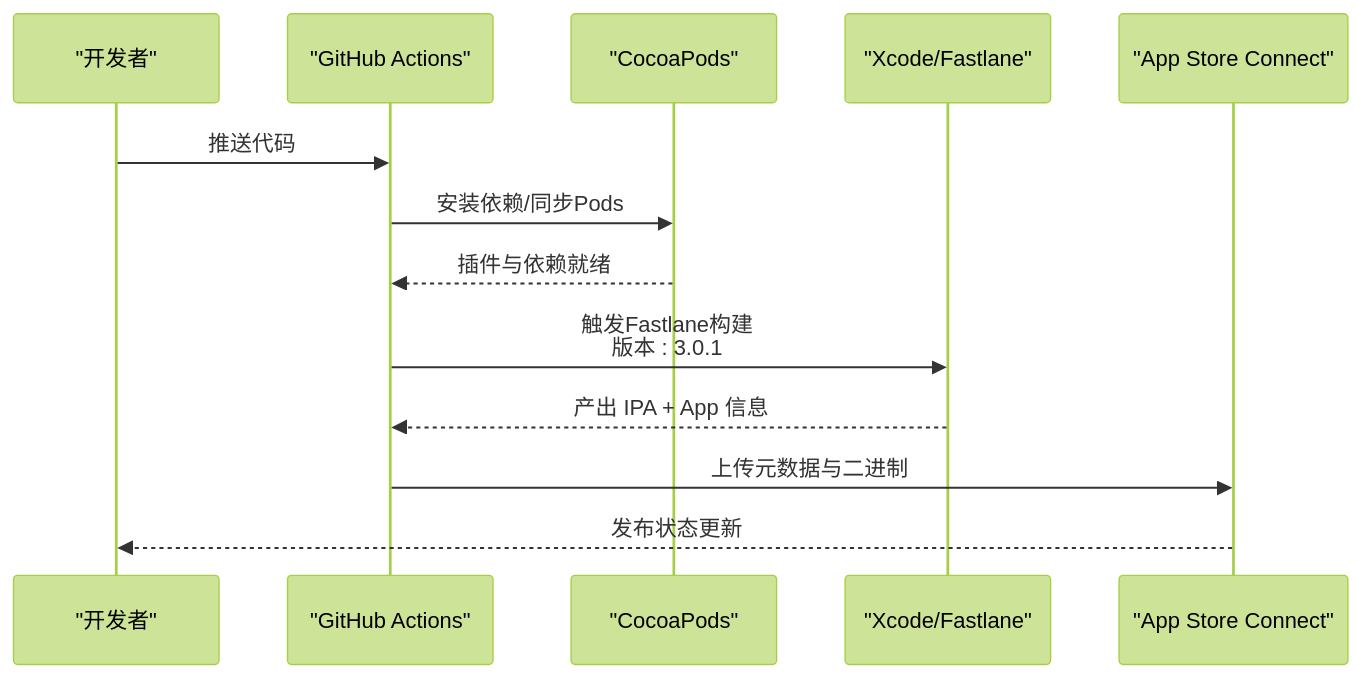
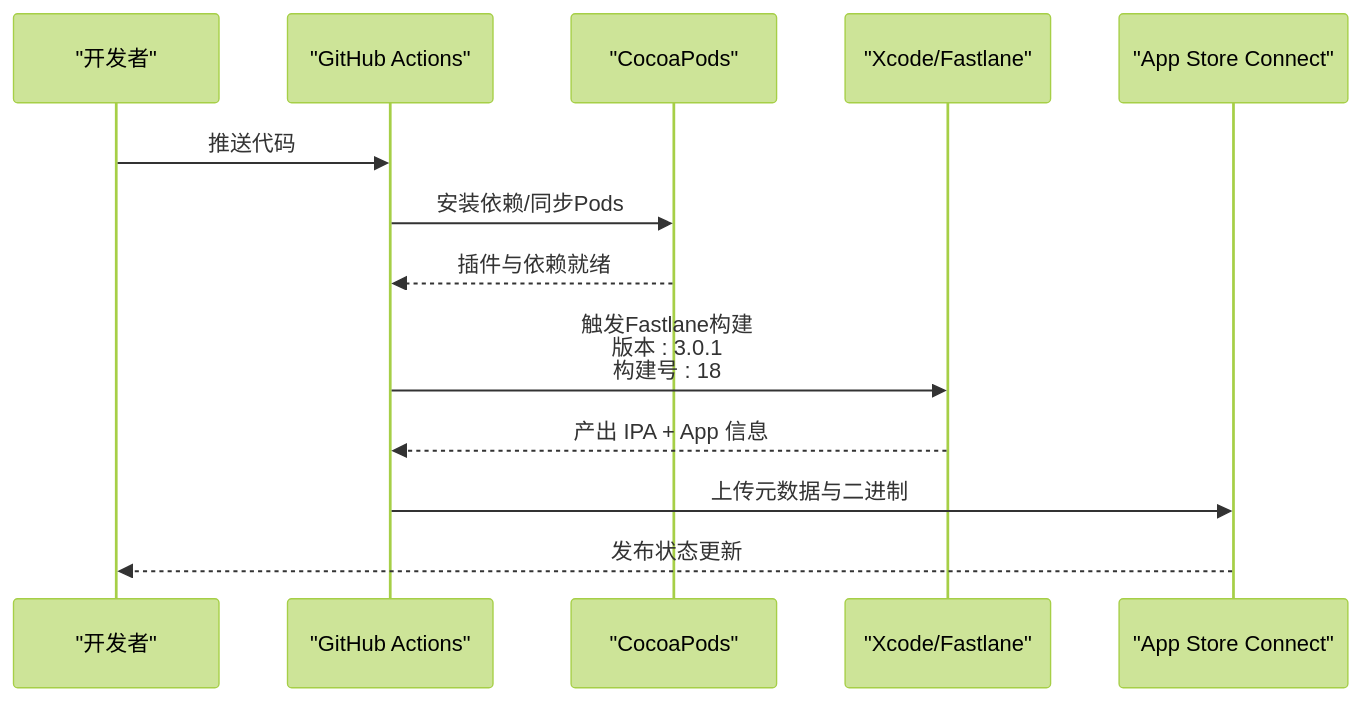
The fourth of 9 diagrams in .qoder/repowiki/zh/content/构建与部署/平台部署/平台部署.md (tea4go/Macro-Deck-Client-App), drawn with Mermaid (forest theme) before and after one commit. The commit also changed other lines of this file and 50 other files, not shown here.

````diff
--- a/.qoder/repowiki/zh/content/构建与部署/平台部署/平台部署.md
+++ b/.qoder/repowiki/zh/content/构建与部署/平台部署/平台部署.md
@@ -213,15 +174,15 @@
 ```mermaid
 sequenceDiagram
 participant Dev as "开发者"
 participant CI as "GitHub Actions"
 participant Pods as "CocoaPods"
 participant Xcode as "Xcode/Fastlane"
 participant AppStore as "App Store Connect"
 Dev->>CI : 推送代码
 CI->>Pods : 安装依赖/同步Pods
 Pods-->>CI : 插件与依赖就绪
-CI->>Xcode : 触发Fastlane构建<br/>版本 : 3.0.1
+CI->>Xcode : 触发Fastlane构建<br/>版本 : 3.0.1<br/>构建号 : 18
 Xcode-->>CI : 产出 IPA + App 信息
 CI->>AppStore : 上传元数据与二进制
 AppStore-->>Dev : 发布状态更新
 ```
````
